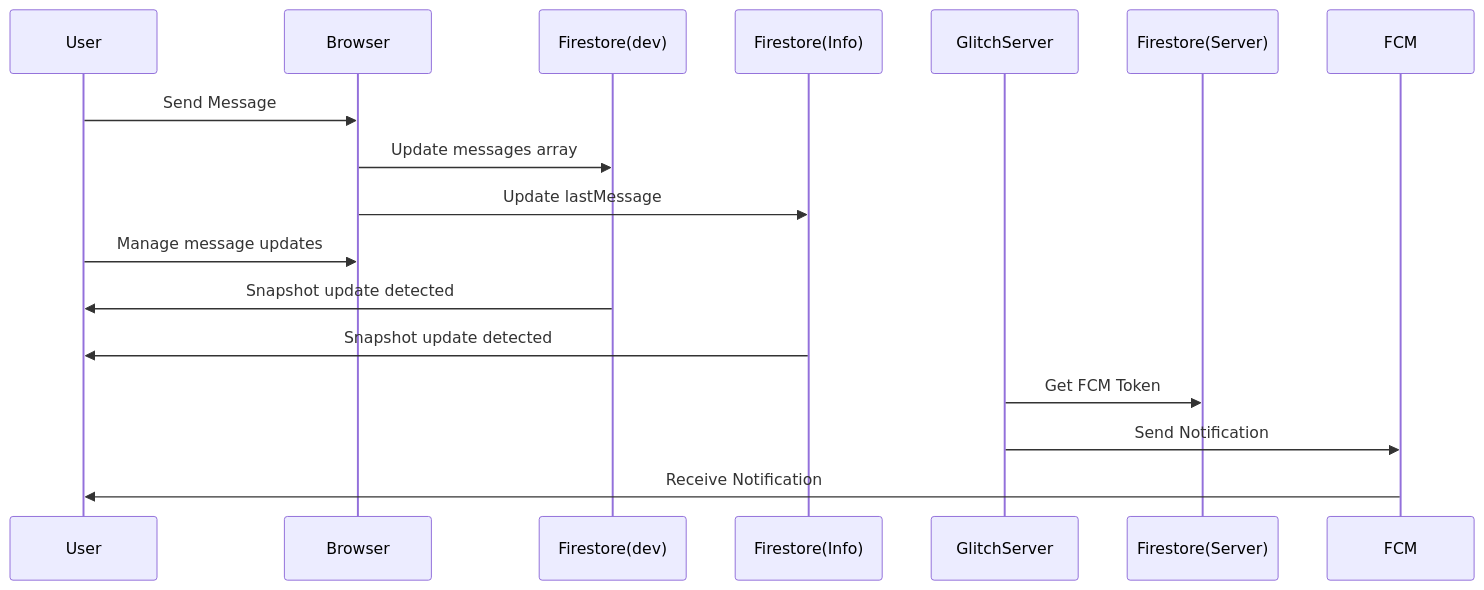
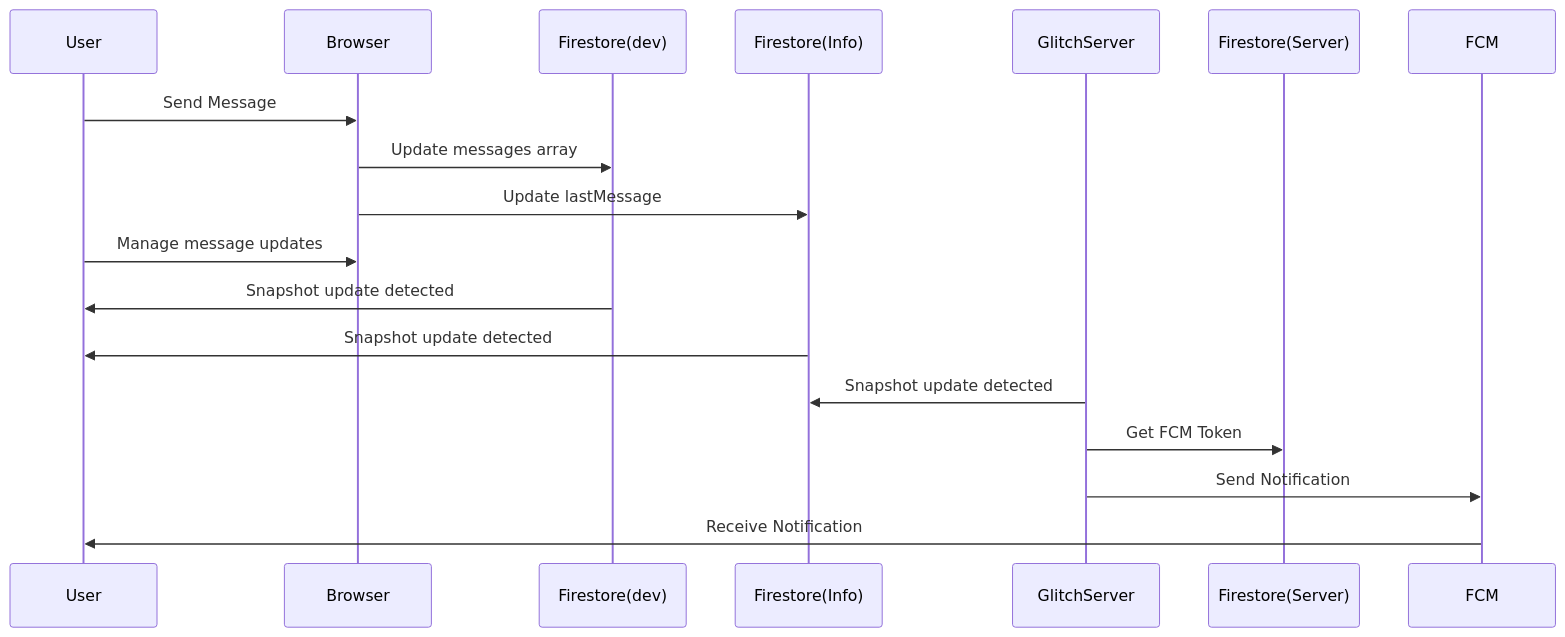
One commit to isd-glitch/Ventus-Talk changed the second of 2 diagrams in README.md. Above: the diagram before and after it, drawn with Mermaid.

````diff
--- a/README.md
+++ b/README.md
@@ -78,21 +78,21 @@
 ```mermaid
 sequenceDiagram
     participant User
     participant Browser
     participant FirestoreDev as Firestore(dev)
     participant FirestoreInfo as Firestore(Info)
     participant GlitchServer
     participant FirestoreServer as Firestore(Server)
     participant FCM
 
     User->>Browser: Send Message
     Browser->>FirestoreDev: Update messages array
     Browser->>FirestoreInfo: Update lastMessage
     User->>Browser: Manage message updates
     FirestoreDev->>User: Snapshot update detected
     FirestoreInfo->>User: Snapshot update detected
+    GlitchServer->>FirestoreInfo: Snapshot update detected
     GlitchServer->>FirestoreServer: Get FCM Token
     GlitchServer->>FCM: Send Notification
     FCM->>User: Receive Notification
-
 ```
````
